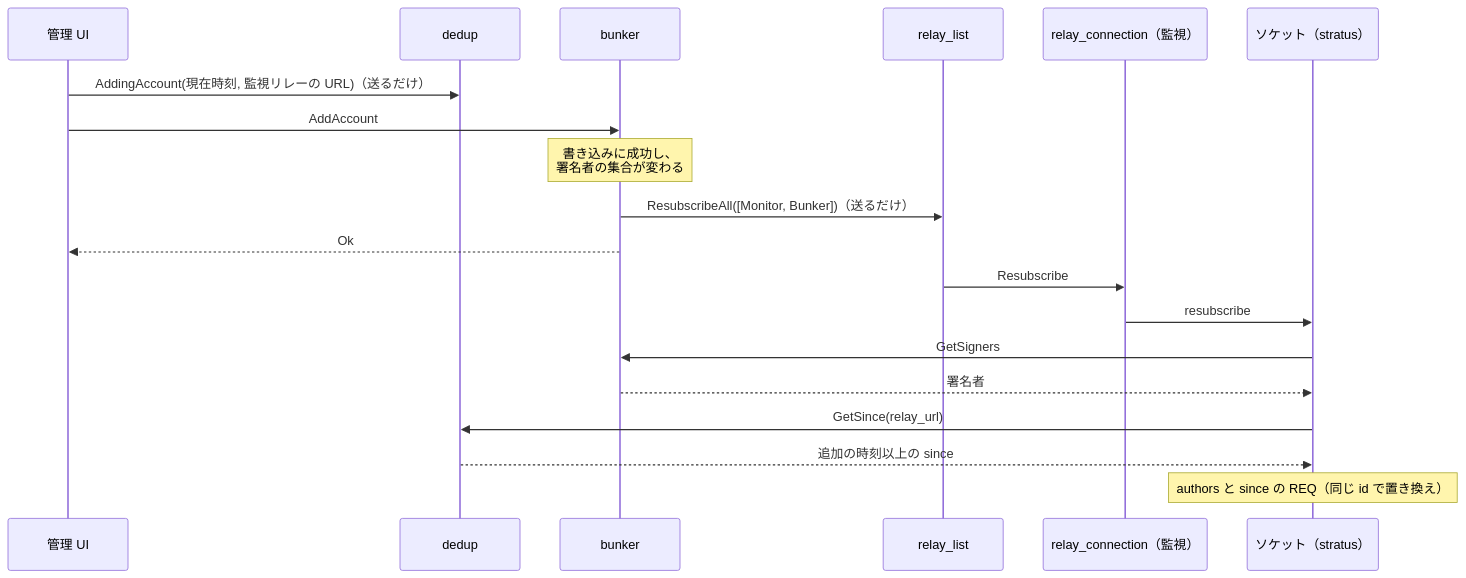
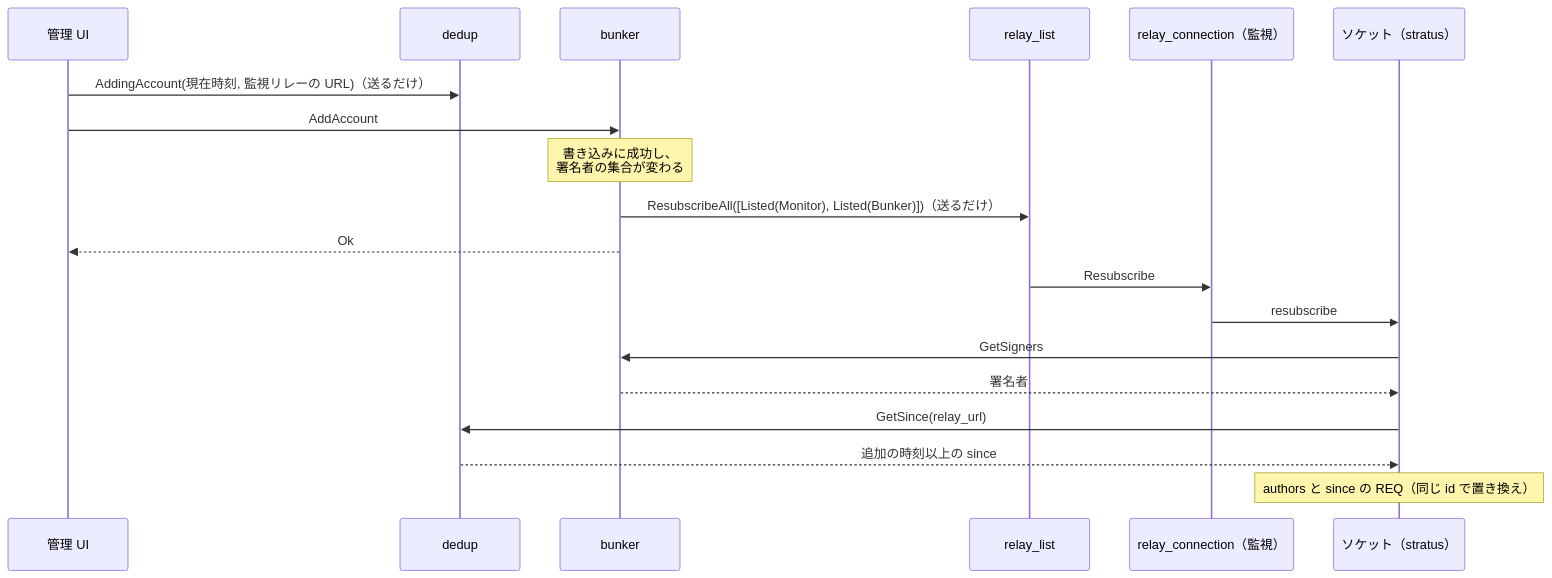
Before and after one commit to neverclear86/nostr-no-su: the third of 9 diagrams in docs/architecture.md, drawn with Mermaid. The commit also changed other lines of this file and 3 other files, not shown here.

````diff
--- a/docs/architecture.md
+++ b/docs/architecture.md
@@ -243,22 +243,22 @@
 ```mermaid
 sequenceDiagram
     participant ui as 管理 UI
     participant dedup as dedup
     participant bk as bunker
     participant list as relay_list
     participant conn as relay_connection（監視）
     participant sock as ソケット（stratus）
 
     ui->>dedup: AddingAccount(現在時刻, 監視リレーの URL)（送るだけ）
     ui->>bk: AddAccount
     Note over bk: 書き込みに成功し、<br/>署名者の集合が変わる
-    bk->>list: ResubscribeAll([Monitor, Bunker])（送るだけ）
+    bk->>list: ResubscribeAll([Listed(Monitor), Listed(Bunker)])（送るだけ）
     bk-->>ui: Ok
     list->>conn: Resubscribe
     conn->>sock: resubscribe
     sock->>bk: GetSigners
     bk-->>sock: 署名者
     sock->>dedup: GetSince(relay_url)
     dedup-->>sock: 追加の時刻以上の since
     Note over sock: authors と since の REQ（同じ id で置き換え）
 ```
````
